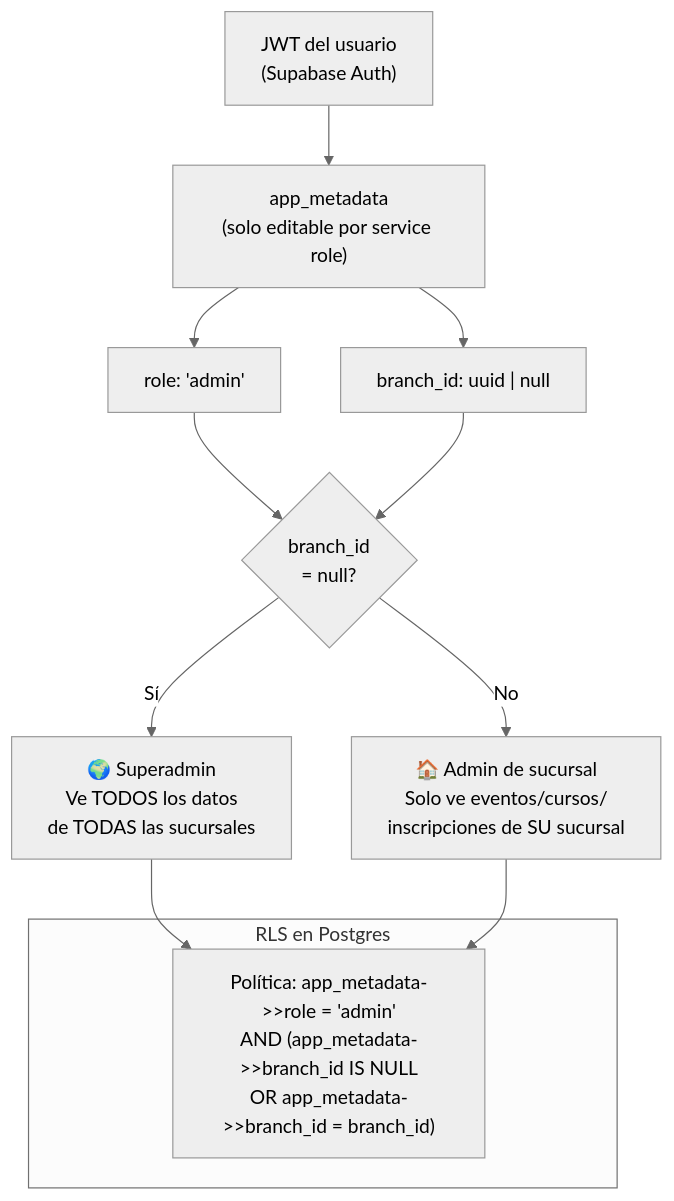
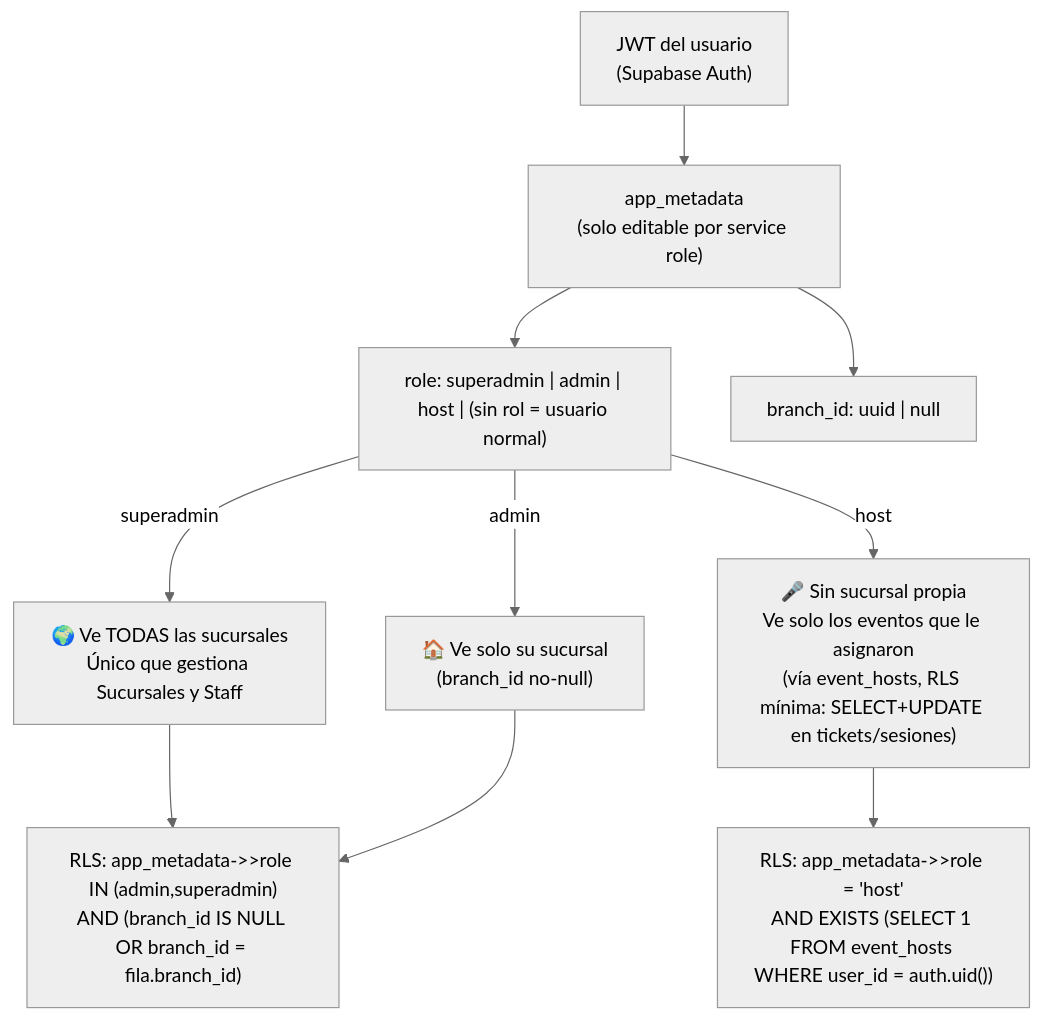
The third of 5 diagrams in docs/architecture-diagrams.md (lauta-rial/lodegranados-v2), drawn with Mermaid (neutral theme) before and after one commit. The commit also changed other lines of this file, not shown here.

First line of the commit message:
Rewrite architecture diagrams to match current state, cut one for simplicity

````diff
--- a/docs/architecture-diagrams.md
+++ b/docs/architecture-diagrams.md
@@ -83,20 +86,13 @@
 ```mermaid
 graph TB
-    JWT["JWT del usuario\n(Supabase Auth)"]
+    JWT["JWT del usuario\n(Supabase Auth)"] --> AM["app_metadata\n(solo editable por service role)"]
+    AM --> ROLE["role: superadmin | admin | host | (sin rol = usuario normal)"]
+    AM --> BID["branch_id: uuid | null"]
 
-    JWT --> AM["app_metadata\n(solo editable por service role)"]
-    AM --> R["role: 'admin'"]
-    AM --> B["branch_id: uuid | null"]
+    ROLE -->|"superadmin"| SUPER["🌍 Ve TODAS las sucursales\nÚnico que gestiona Sucursales y Staff"]
+    ROLE -->|"admin"| BRANCH["🏠 Ve solo su sucursal\n(branch_id no-null)"]
+    ROLE -->|"host"| HOSTR["🎤 Sin sucursal propia\nVe solo los eventos que le asignaron\n(vía event_hosts, RLS mínima: SELECT+UPDATE en tickets/sesiones)"]
 
-    R & B --> SA{"branch_id\n= null?"}
-
-    SA -->|"Sí"| SUPER["🌍 Superadmin\nVe TODOS los datos\nde TODAS las sucursales"]
-    SA -->|"No"| BRANCH["🏠 Admin de sucursal\nSolo ve eventos/cursos/\ninscripciones de SU sucursal"]
-
-    subgraph RLS["RLS en Postgres"]
-        POL["Política: app_metadata->>role = 'admin'\nAND (app_metadata->>branch_id IS NULL\nOR app_metadata->>branch_id = branch_id)"]
-    end
-
-    SUPER --> POL
-    BRANCH --> POL
+    SUPER & BRANCH --> POL["RLS: app_metadata->>role IN (admin,superadmin)\nAND (branch_id IS NULL OR branch_id = fila.branch_id)"]
+    HOSTR --> POL2["RLS: app_metadata->>role = 'host'\nAND EXISTS (SELECT 1 FROM event_hosts WHERE user_id = auth.uid())"]
 ```
````
